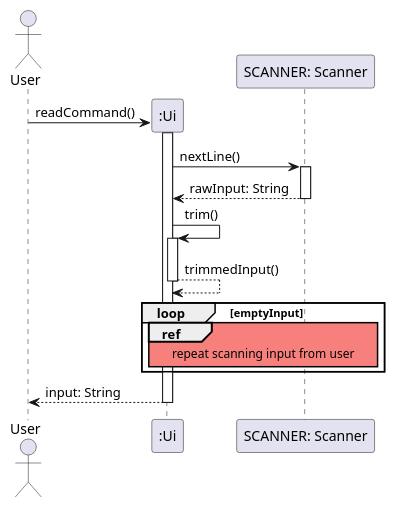
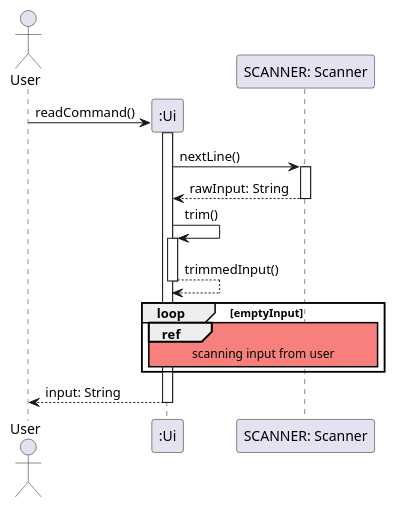
The diagram in docs/diagrams/Ui_readCommandSequence.puml (thienkimtranhoang/tp), drawn with PlantUML before and after one commit. The commit also changed 1 other file, not shown here.

```diff
--- a/docs/diagrams/Ui_readCommandSequence.puml
+++ b/docs/diagrams/Ui_readCommandSequence.puml
@@ -1,20 +1,20 @@
 @startuml
 ''https://plantuml.com/sequence-diagram
 skinparam sequenceReferenceBackgroundColor #f7807c
 actor User
 participant ":Ui" as ui
 participant "SCANNER: Scanner" as scanner
 
 create ui
 User -> ui ++: readCommand()
 ui -> scanner ++: nextLine()
 ui <-- scanner --: rawInput: String
 ui -> ui ++: trim()
 ui --> ui --: trimmedInput()
 loop emptyInput
     ref over ui, scanner
-        repeat scanning input from user
+        scanning input from user
     end ref
 end
 User <-- ui --: input: String
 @enduml
```
